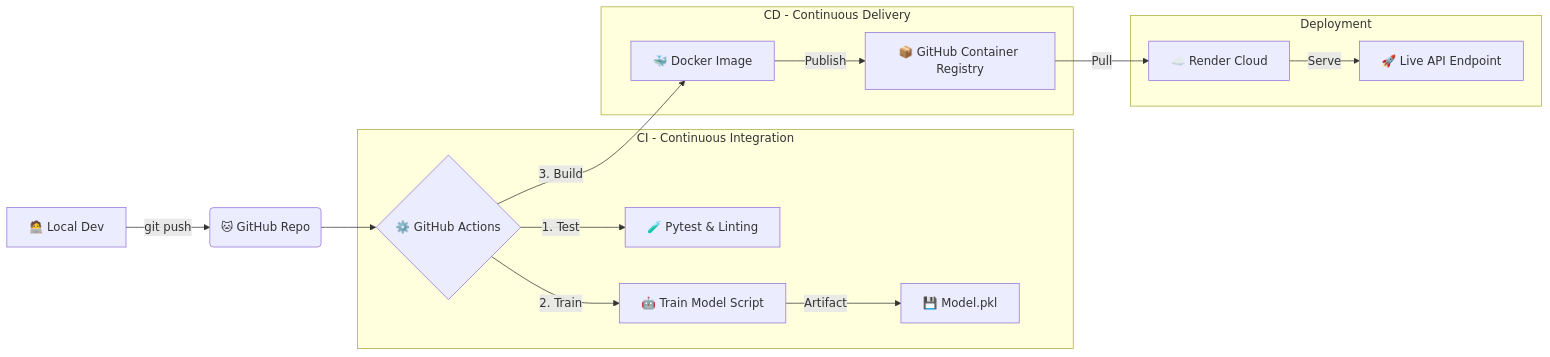
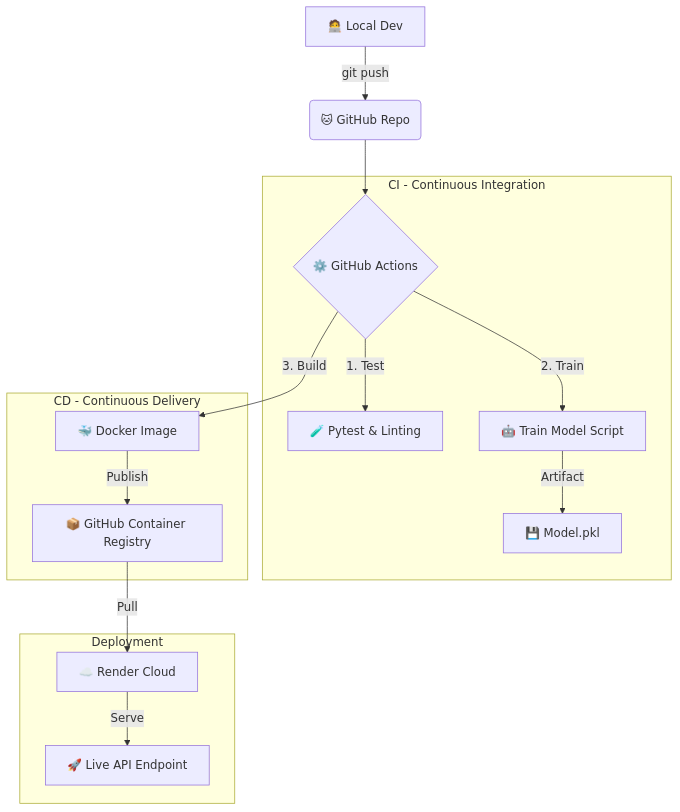
The diagram in README.md (OscarTMa/Portfolio-MLOps), drawn with Mermaid before and after one commit.

````diff
--- a/README.md
+++ b/README.md
@@ -20,21 +20,21 @@
 ```mermaid
-graph LR
+graph TD
     A[🧑‍💻 Local Dev] -->|git push| B(🐱 GitHub Repo)
     B --> C{⚙️ GitHub Actions}
     
     subgraph CI - Continuous Integration
     C -->|1. Test| D[🧪 Pytest & Linting]
     C -->|2. Train| E[🤖 Train Model Script]
     E -->|Artifact| F[💾 Model.pkl]
     end
     
     subgraph CD - Continuous Delivery
     C -->|3. Build| G[🐳 Docker Image]
     G -->|Publish| H[📦 GitHub Container Registry]
     end
     
     subgraph Deployment
     H -->|Pull| I[☁️ Render Cloud]
     I -->|Serve| J[🚀 Live API Endpoint]
     end
 ```
````
